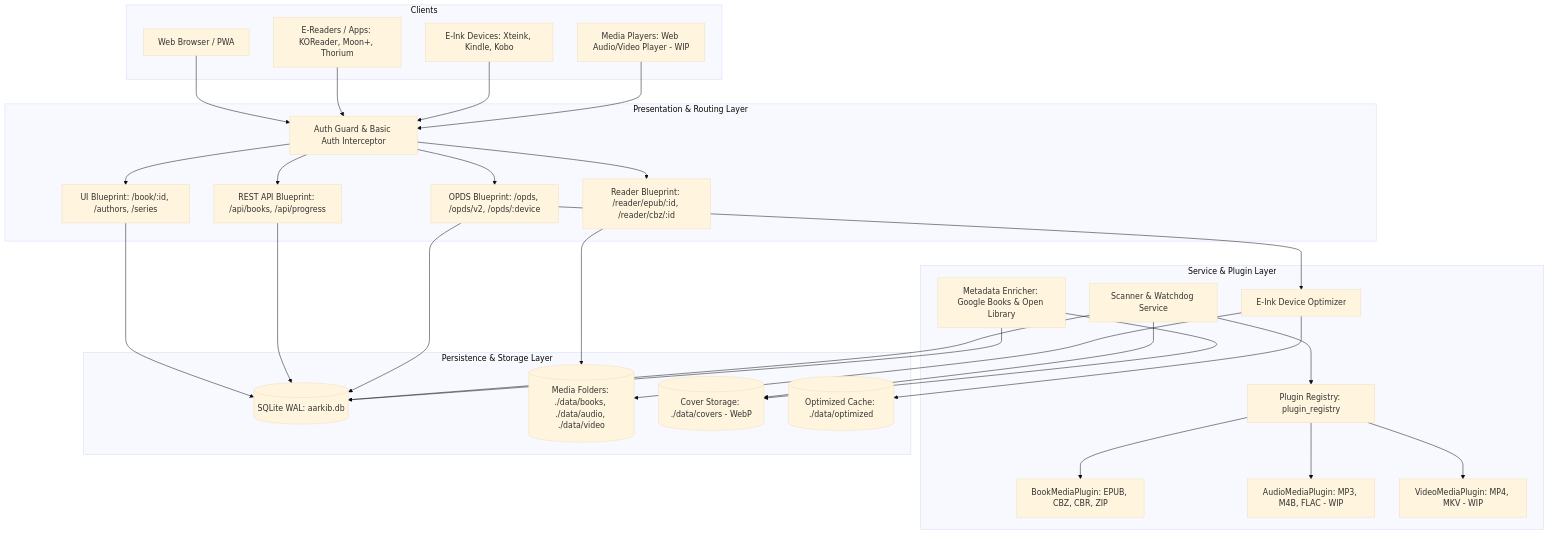
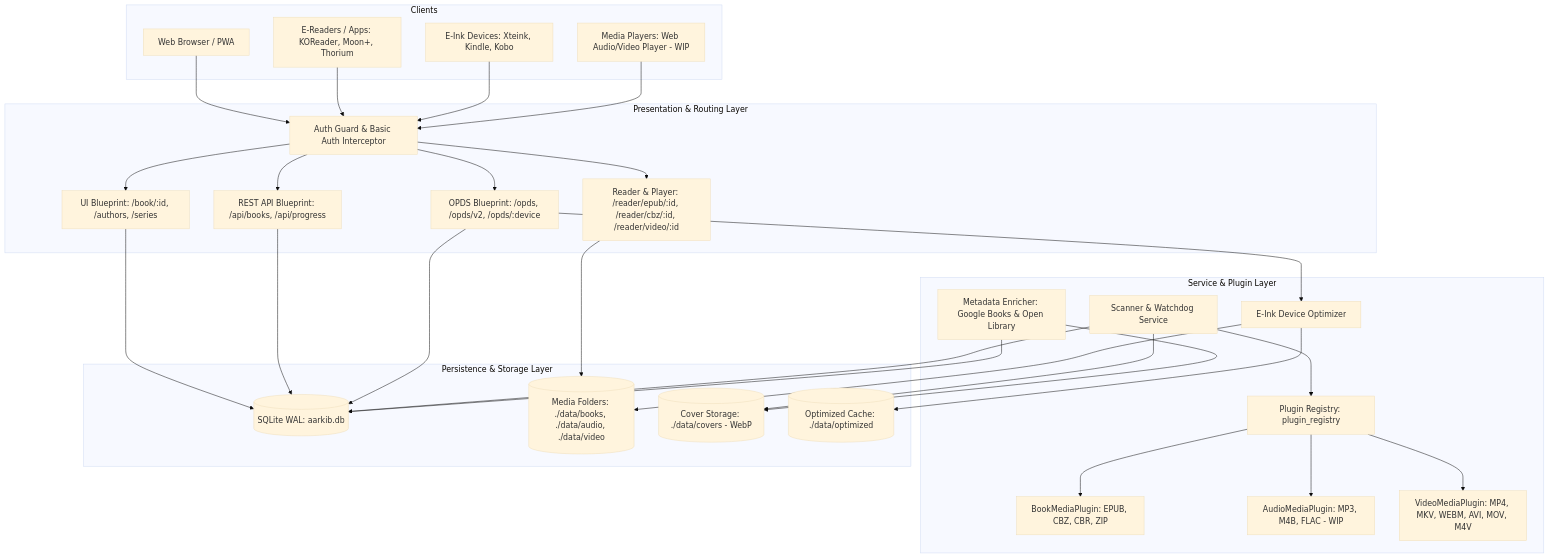
One commit to syfq91/aarkib changed the first of 4 diagrams in design.md. Above: the diagram before and after it, drawn with Mermaid (base theme). The commit also changed 14 other files, not shown here.

````diff
--- a/design.md
+++ b/design.md
@@ -23,64 +23,64 @@
 ```mermaid
 graph TD
     subgraph Clients
         Web[Web Browser / PWA]
         EReader[E-Readers / Apps: KOReader, Moon+, Thorium]
         EInk[E-Ink Devices: Xteink, Kindle, Kobo]
         MediaPlayer[Media Players: Web Audio/Video Player - WIP]
     end
 
     subgraph Presentation & Routing Layer
         AuthFilter[Auth Guard & Basic Auth Interceptor]
         UIRoutes[UI Blueprint: /book/:id, /authors, /series]
         APIRoutes[REST API Blueprint: /api/books, /api/progress]
         OPDSRoutes[OPDS Blueprint: /opds, /opds/v2, /opds/:device]
-        ReaderRoutes[Reader Blueprint: /reader/epub/:id, /reader/cbz/:id]
+        ReaderRoutes[Reader & Player: /reader/epub/:id, /reader/cbz/:id, /reader/video/:id]
     end
 
     subgraph Service & Plugin Layer
         PluginRegistry[Plugin Registry: plugin_registry]
         BookPlugin[BookMediaPlugin: EPUB, CBZ, CBR, ZIP]
         AudioPlugin[AudioMediaPlugin: MP3, M4B, FLAC - WIP]
-        VideoPlugin[VideoMediaPlugin: MP4, MKV - WIP]
+        VideoPlugin[VideoMediaPlugin: MP4, MKV, WEBM, AVI, MOV, M4V]
         Scanner[Scanner & Watchdog Service]
         Optimizer[E-Ink Device Optimizer]
         Enricher[Metadata Enricher: Google Books & Open Library]
     end
 
     subgraph Persistence & Storage Layer
         DB[(SQLite WAL: aarkib.db)]
         BooksDir[(Media Folders: ./data/books, ./data/audio, ./data/video)]
         CoversDir[(Cover Storage: ./data/covers - WebP)]
         OptimizedDir[(Optimized Cache: ./data/optimized)]
     end
 
     Web --> AuthFilter
     EReader --> AuthFilter
     EInk --> AuthFilter
     MediaPlayer --> AuthFilter
 
     AuthFilter --> UIRoutes
     AuthFilter --> APIRoutes
     AuthFilter --> OPDSRoutes
     AuthFilter --> ReaderRoutes
 
     UIRoutes --> DB
     APIRoutes --> DB
     ReaderRoutes --> BooksDir
 
     OPDSRoutes --> DB
     OPDSRoutes --> Optimizer
 
     Scanner --> PluginRegistry
     PluginRegistry --> BookPlugin
     PluginRegistry --> AudioPlugin
     PluginRegistry --> VideoPlugin
     Scanner --> DB
     Scanner --> CoversDir
 
     Optimizer --> BooksDir
     Optimizer --> OptimizedDir
 
     Enricher --> DB
     Enricher --> CoversDir
 ```
````
